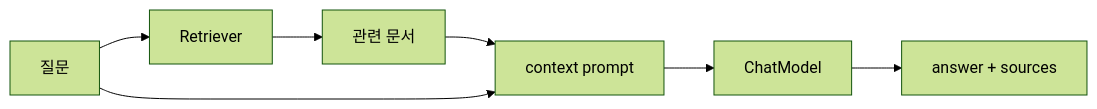
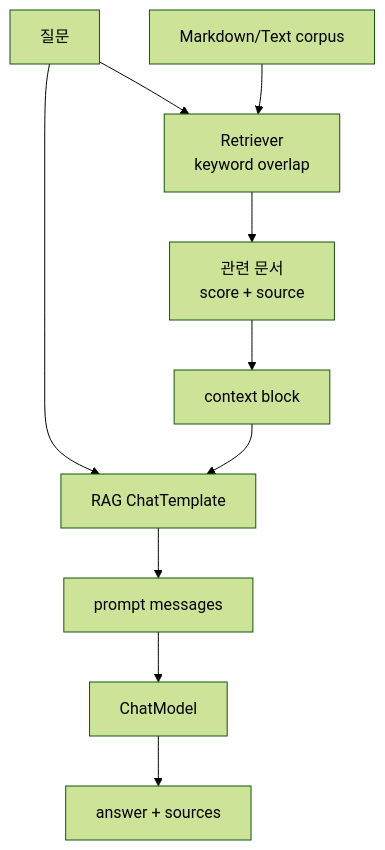
Before and after one commit to sangjinsu/eino-learning: the fifth of 5 diagrams in docs/notes.md, drawn with Mermaid (forest theme). The commit also changed other lines of this file and 4 other files, not shown here.

Commit message:
docs: clarify chapter 9 RAG flow

````diff
--- a/docs/notes.md
+++ b/docs/notes.md
@@ -147,9 +147,12 @@
 ```mermaid
-flowchart LR
-    question["질문"] --> retriever["Retriever"]
-    retriever --> docs["관련 문서"]
-    docs --> prompt["context prompt"]
-    question --> prompt
-    prompt --> model["ChatModel"]
+flowchart TD
+    question["질문"] --> retriever["Retriever<br/>keyword overlap"]
+    corpus["Markdown/Text corpus"] --> retriever
+    retriever --> docs["관련 문서<br/>score + source"]
+    docs --> context["context block"]
+    question --> template["RAG ChatTemplate"]
+    context --> template
+    template --> messages["prompt messages"]
+    messages --> model["ChatModel"]
     model --> answer["answer + sources"]
 ```
````
